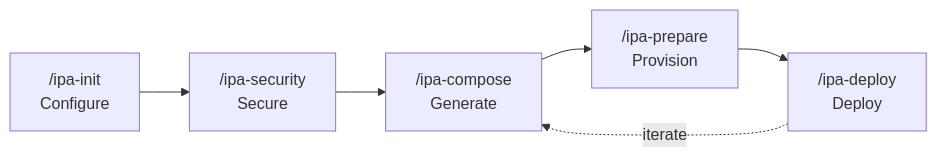
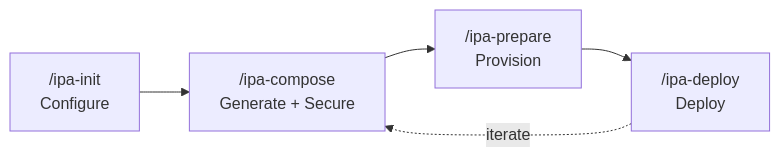
Before and after one commit to aws-samples/sample-innovation-patterns: the diagram in docs/docs/getting-started/concepts/ipa-lifecycle.md, drawn with Mermaid. The commit also changed other lines of this file and 28 other files, not shown here.

````diff
--- a/docs/docs/getting-started/concepts/ipa-lifecycle.md
+++ b/docs/docs/getting-started/concepts/ipa-lifecycle.md
@@ -12,8 +12,7 @@
 ```mermaid
 flowchart LR
-    A["/ipa-init\nConfigure"] --> B["/ipa-security\nSecure"]
-    B --> C["/ipa-compose\nGenerate"]
-    C --> D["/ipa-prepare\nProvision"]
-    D --> E["/ipa-deploy\nDeploy"]
-    E -.->|iterate| C
+    A["/ipa-init\nConfigure"] --> B["/ipa-compose\nGenerate + Secure"]
+    B --> C["/ipa-prepare\nProvision"]
+    C --> D["/ipa-deploy\nDeploy"]
+    D -.->|iterate| B
 ```
````
